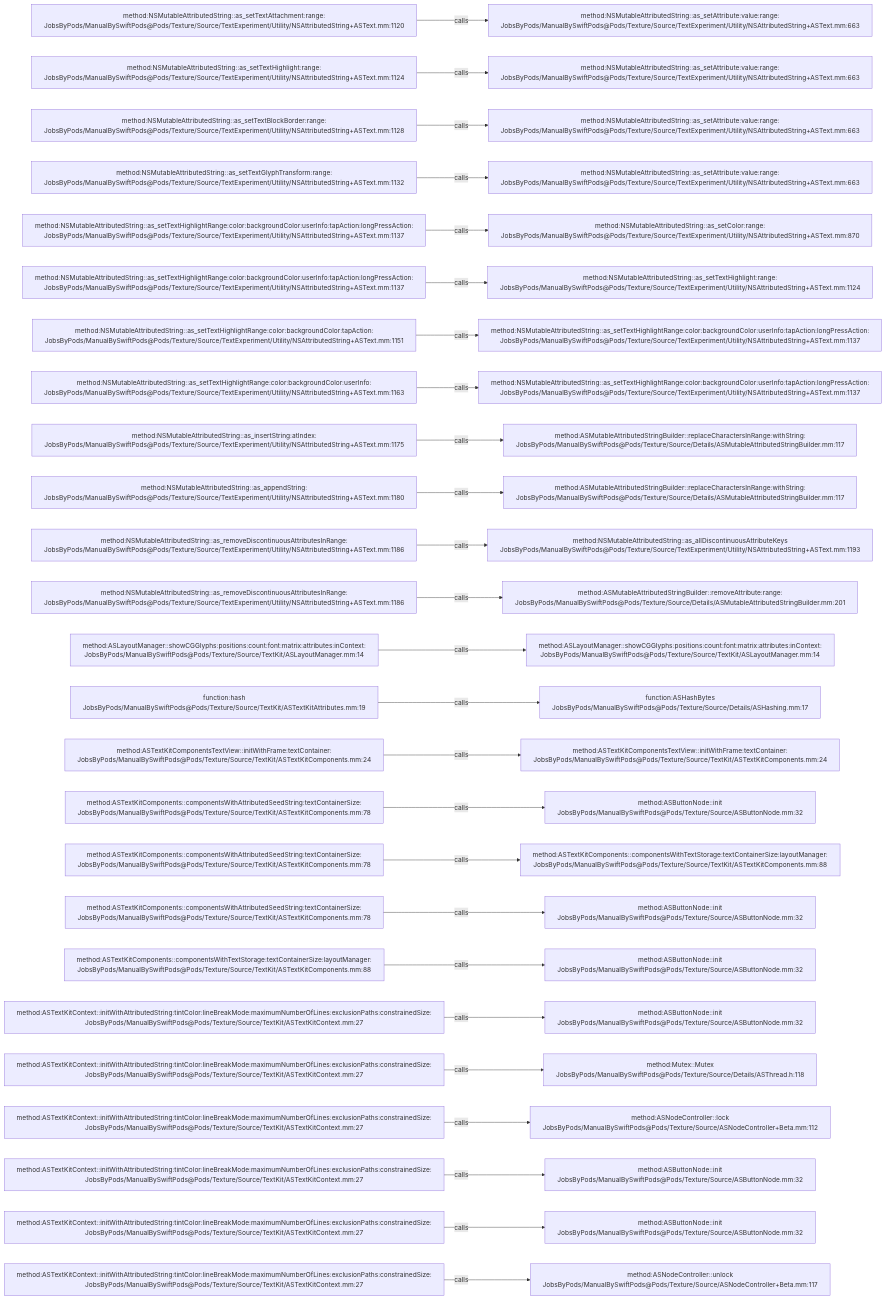
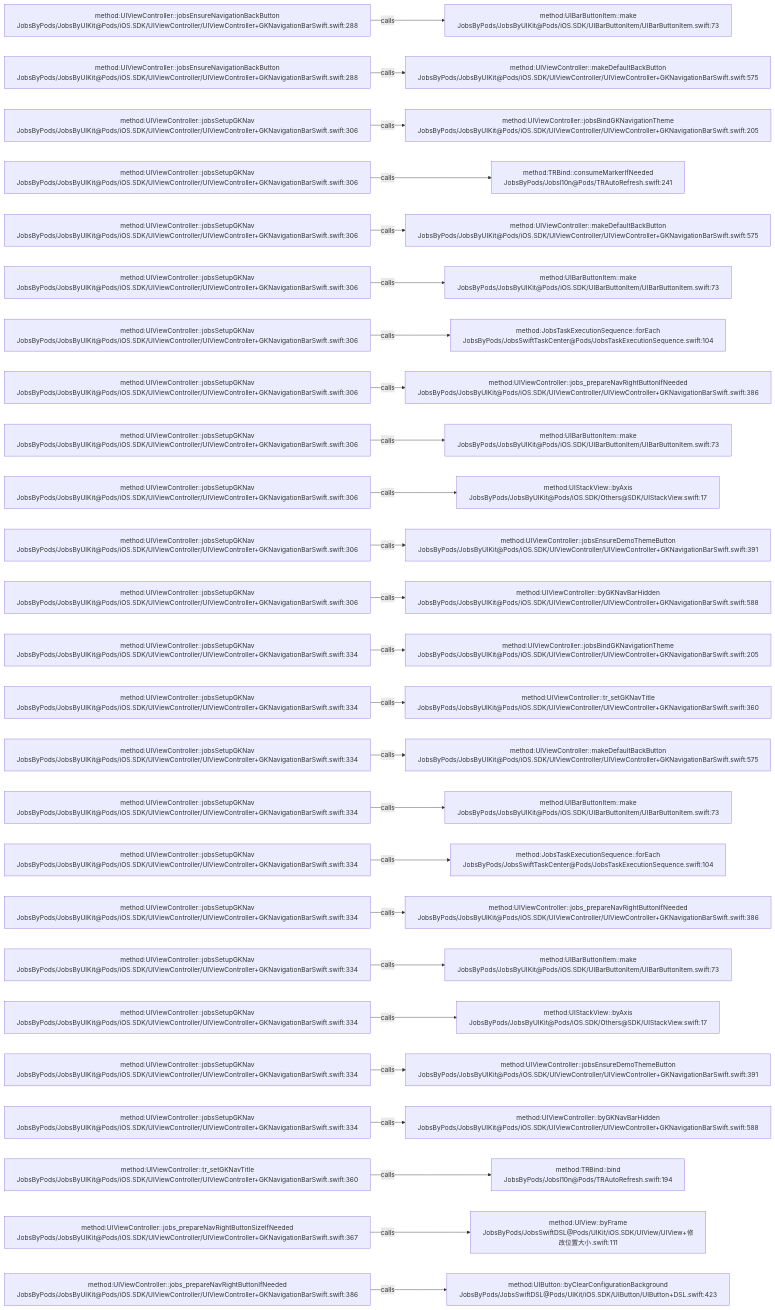
Before and after one commit to JobsKits/JobsSwiftBaseConfigDemo: the diagram in .codegraph/codegraph.md/graphs/calls-147.md, drawn with Mermaid. The commit also changed 224 other files, not shown here.

````diff
--- a/.codegraph/codegraph.md/graphs/calls-147.md
+++ b/.codegraph/codegraph.md/graphs/calls-147.md
@@ -13,78 +13,78 @@
 ```mermaid
 flowchart LR
-  S1["method:NSMutableAttributedString::as_setTextAttachment:range:<br/>JobsByPods/ManualBySwiftPods@Pods/Texture/Source/TextExperiment/Utility/NSAttributedString+ASText.mm:1120"]
-  T1["method:NSMutableAttributedString::as_setAttribute:value:range:<br/>JobsByPods/ManualBySwiftPods@Pods/Texture/Source/TextExperiment/Utility/NSAttributedString+ASText.mm:663"]
+  S1["method:UIViewController::jobsEnsureNavigationBackButton<br/>JobsByPods/JobsByUIKit@Pods/iOS.SDK/UIViewController/UIViewController+GKNavigationBarSwift.swift:288"]
+  T1["method:UIBarButtonItem::make<br/>JobsByPods/JobsByUIKit@Pods/iOS.SDK/UIBarButtonItem/UIBarButtonItem.swift:73"]
   S1 -->|calls| T1
-  S2["method:NSMutableAttributedString::as_setTextHighlight:range:<br/>JobsByPods/ManualBySwiftPods@Pods/Texture/Source/TextExperiment/Utility/NSAttributedString+ASText.mm:1124"]
-  T2["method:NSMutableAttributedString::as_setAttribute:value:range:<br/>JobsByPods/ManualBySwiftPods@Pods/Texture/Source/TextExperiment/Utility/NSAttributedString+ASText.mm:663"]
+  S2["method:UIViewController::jobsEnsureNavigationBackButton<br/>JobsByPods/JobsByUIKit@Pods/iOS.SDK/UIViewController/UIViewController+GKNavigationBarSwift.swift:288"]
+  T2["method:UIViewController::makeDefaultBackButton<br/>JobsByPods/JobsByUIKit@Pods/iOS.SDK/UIViewController/UIViewController+GKNavigationBarSwift.swift:575"]
   S2 -->|calls| T2
-  S3["method:NSMutableAttributedString::as_setTextBlockBorder:range:<br/>JobsByPods/ManualBySwiftPods@Pods/Texture/Source/TextExperiment/Utility/NSAttributedString+ASText.mm:1128"]
-  T3["method:NSMutableAttributedString::as_setAttribute:value:range:<br/>JobsByPods/ManualBySwiftPods@Pods/Texture/Source/TextExperiment/Utility/NSAttributedString+ASText.mm:663"]
+  S3["method:UIViewController::jobsSetupGKNav<br/>JobsByPods/JobsByUIKit@Pods/iOS.SDK/UIViewController/UIViewController+GKNavigationBarSwift.swift:306"]
+  T3["method:UIViewController::jobsBindGKNavigationTheme<br/>JobsByPods/JobsByUIKit@Pods/iOS.SDK/UIViewController/UIViewController+GKNavigationBarSwift.swift:205"]
   S3 -->|calls| T3
-  S4["method:NSMutableAttributedString::as_setTextGlyphTransform:range:<br/>JobsByPods/ManualBySwiftPods@Pods/Texture/Source/TextExperiment/Utility/NSAttributedString+ASText.mm:1132"]
-  T4["method:NSMutableAttributedString::as_setAttribute:value:range:<br/>JobsByPods/ManualBySwiftPods@Pods/Texture/Source/TextExperiment/Utility/NSAttributedString+ASText.mm:663"]
+  S4["method:UIViewController::jobsSetupGKNav<br/>JobsByPods/JobsByUIKit@Pods/iOS.SDK/UIViewController/UIViewController+GKNavigationBarSwift.swift:306"]
+  T4["method:TRBind::consumeMarkerIfNeeded<br/>JobsByPods/Jobsl10n@Pods/TRAutoRefresh.swift:241"]
   S4 -->|calls| T4
-  S5["method:NSMutableAttributedString::as_setTextHighlightRange:color:backgroundColor:userInfo:tapAction:longPressAction:<br/>JobsByPods/ManualBySwiftPods@Pods/Texture/Source/TextExperiment/Utility/NSAttributedString+ASText.mm:1137"]
-  T5["method:NSMutableAttributedString::as_setColor:range:<br/>JobsByPods/ManualBySwiftPods@Pods/Texture/Source/TextExperiment/Utility/NSAttributedString+ASText.mm:870"]
+  S5["method:UIViewController::jobsSetupGKNav<br/>JobsByPods/JobsByUIKit@Pods/iOS.SDK/UIViewController/UIViewController+GKNavigationBarSwift.swift:306"]
+  T5["method:UIViewController::makeDefaultBackButton<br/>JobsByPods/JobsByUIKit@Pods/iOS.SDK/UIViewController/UIViewController+GKNavigationBarSwift.swift:575"]
   S5 -->|calls| T5
-  S6["method:NSMutableAttributedString::as_setTextHighlightRange:color:backgroundColor:userInfo:tapAction:longPressAction:<br/>JobsByPods/ManualBySwiftPods@Pods/Texture/Source/TextExperiment/Utility/NSAttributedString+ASText.mm:1137"]
-  T6["method:NSMutableAttributedString::as_setTextHighlight:range:<br/>JobsByPods/ManualBySwiftPods@Pods/Texture/Source/TextExperiment/Utility/NSAttributedString+ASText.mm:1124"]
+  S6["method:UIViewController::jobsSetupGKNav<br/>JobsByPods/JobsByUIKit@Pods/iOS.SDK/UIViewController/UIViewController+GKNavigationBarSwift.swift:306"]
+  T6["method:UIBarButtonItem::make<br/>JobsByPods/JobsByUIKit@Pods/iOS.SDK/UIBarButtonItem/UIBarButtonItem.swift:73"]
   S6 -->|calls| T6
-  S7["method:NSMutableAttributedString::as_setTextHighlightRange:color:backgroundColor:tapAction:<br/>JobsByPods/ManualBySwiftPods@Pods/Texture/Source/TextExperiment/Utility/NSAttributedString+ASText.mm:1151"]
-  T7["method:NSMutableAttributedString::as_setTextHighlightRange:color:backgroundColor:userInfo:tapAction:longPressAction:<br/>JobsByPods/ManualBySwiftPods@Pods/Texture/Source/TextExperiment/Utility/NSAttributedString+ASText.mm:1137"]
+  S7["method:UIViewController::jobsSetupGKNav<br/>JobsByPods/JobsByUIKit@Pods/iOS.SDK/UIViewController/UIViewController+GKNavigationBarSwift.swift:306"]
+  T7["method:JobsTaskExecutionSequence::forEach<br/>JobsByPods/JobsSwiftTaskCenter@Pods/JobsTaskExecutionSequence.swift:104"]
   S7 -->|calls| T7
-  S8["method:NSMutableAttributedString::as_setTextHighlightRange:color:backgroundColor:userInfo:<br/>JobsByPods/ManualBySwiftPods@Pods/Texture/Source/TextExperiment/Utility/NSAttributedString+ASText.mm:1163"]
-  T8["method:NSMutableAttributedString::as_setTextHighlightRange:color:backgroundColor:userInfo:tapAction:longPressAction:<br/>JobsByPods/ManualBySwiftPods@Pods/Texture/Source/TextExperiment/Utility/NSAttributedString+ASText.mm:1137"]
+  S8["method:UIViewController::jobsSetupGKNav<br/>JobsByPods/JobsByUIKit@Pods/iOS.SDK/UIViewController/UIViewController+GKNavigationBarSwift.swift:306"]
+  T8["method:UIViewController::jobs_prepareNavRightButtonIfNeeded<br/>JobsByPods/JobsByUIKit@Pods/iOS.SDK/UIViewController/UIViewController+GKNavigationBarSwift.swift:386"]
   S8 -->|calls| T8
-  S9["method:NSMutableAttributedString::as_insertString:atIndex:<br/>JobsByPods/ManualBySwiftPods@Pods/Texture/Source/TextExperiment/Utility/NSAttributedString+ASText.mm:1175"]
-  T9["method:ASMutableAttributedStringBuilder::replaceCharactersInRange:withString:<br/>JobsByPods/ManualBySwiftPods@Pods/Texture/Source/Details/ASMutableAttributedStringBuilder.mm:117"]
+  S9["method:UIViewController::jobsSetupGKNav<br/>JobsByPods/JobsByUIKit@Pods/iOS.SDK/UIViewController/UIViewController+GKNavigationBarSwift.swift:306"]
+  T9["method:UIBarButtonItem::make<br/>JobsByPods/JobsByUIKit@Pods/iOS.SDK/UIBarButtonItem/UIBarButtonItem.swift:73"]
   S9 -->|calls| T9
-  S10["method:NSMutableAttributedString::as_appendString:<br/>JobsByPods/ManualBySwiftPods@Pods/Texture/Source/TextExperiment/Utility/NSAttributedString+ASText.mm:1180"]
-  T10["method:ASMutableAttributedStringBuilder::replaceCharactersInRange:withString:<br/>JobsByPods/ManualBySwiftPods@Pods/Texture/Source/Details/ASMutableAttributedStringBuilder.mm:117"]
+  S10["method:UIViewController::jobsSetupGKNav<br/>JobsByPods/JobsByUIKit@Pods/iOS.SDK/UIViewController/UIViewController+GKNavigationBarSwift.swift:306"]
+  T10["method:UIStackView::byAxis<br/>JobsByPods/JobsByUIKit@Pods/iOS.SDK/Others@SDK/UIStackView.swift:17"]
   S10 -->|calls| T10
-  S11["method:NSMutableAttributedString::as_removeDiscontinuousAttributesInRange:<br/>JobsByPods/ManualBySwiftPods@Pods/Texture/Source/TextExperiment/Utility/NSAttributedString+ASText.mm:1186"]
-  T11["method:NSMutableAttributedString::as_allDiscontinuousAttributeKeys<br/>JobsByPods/ManualBySwiftPods@Pods/Texture/Source/TextExperiment/Utility/NSAttributedString+ASText.mm:1193"]
+  S11["method:UIViewController::jobsSetupGKNav<br/>JobsByPods/JobsByUIKit@Pods/iOS.SDK/UIViewController/UIViewController+GKNavigationBarSwift.swift:306"]
+  T11["method:UIViewController::jobsEnsureDemoThemeButton<br/>JobsByPods/JobsByUIKit@Pods/iOS.SDK/UIViewController/UIViewController+GKNavigationBarSwift.swift:391"]
   S11 -->|calls| T11
-  S12["method:NSMutableAttributedString::as_removeDiscontinuousAttributesInRange:<br/>JobsByPods/ManualBySwiftPods@Pods/Texture/Source/TextExperiment/Utility/NSAttributedString+ASText.mm:1186"]
-  T12["method:ASMutableAttributedStringBuilder::removeAttribute:range:<br/>JobsByPods/ManualBySwiftPods@Pods/Texture/Source/Details/ASMutableAttributedStringBuilder.mm:201"]
+  S12["method:UIViewController::jobsSetupGKNav<br/>JobsByPods/JobsByUIKit@Pods/iOS.SDK/UIViewController/UIViewController+GKNavigationBarSwift.swift:306"]
+  T12["method:UIViewController::byGKNavBarHidden<br/>JobsByPods/JobsByUIKit@Pods/iOS.SDK/UIViewController/UIViewController+GKNavigationBarSwift.swift:588"]
   S12 -->|calls| T12
-  S13["method:ASLayoutManager::showCGGlyphs:positions:count:font:matrix:attributes:inContext:<br/>JobsByPods/ManualBySwiftPods@Pods/Texture/Source/TextKit/ASLayoutManager.mm:14"]
-  T13["method:ASLayoutManager::showCGGlyphs:positions:count:font:matrix:attributes:inContext:<br/>JobsByPods/ManualBySwiftPods@Pods/Texture/Source/TextKit/ASLayoutManager.mm:14"]
+  S13["method:UIViewController::jobsSetupGKNav<br/>JobsByPods/JobsByUIKit@Pods/iOS.SDK/UIViewController/UIViewController+GKNavigationBarSwift.swift:334"]
+  T13["method:UIViewController::jobsBindGKNavigationTheme<br/>JobsByPods/JobsByUIKit@Pods/iOS.SDK/UIViewController/UIViewController+GKNavigationBarSwift.swift:205"]
   S13 -->|calls| T13
-  S14["function:hash<br/>JobsByPods/ManualBySwiftPods@Pods/Texture/Source/TextKit/ASTextKitAttributes.mm:19"]
-  T14["function:ASHashBytes<br/>JobsByPods/ManualBySwiftPods@Pods/Texture/Source/Details/ASHashing.mm:17"]
+  S14["method:UIViewController::jobsSetupGKNav<br/>JobsByPods/JobsByUIKit@Pods/iOS.SDK/UIViewController/UIViewController+GKNavigationBarSwift.swift:334"]
+  T14["method:UIViewController::tr_setGKNavTitle<br/>JobsByPods/JobsByUIKit@Pods/iOS.SDK/UIViewController/UIViewController+GKNavigationBarSwift.swift:360"]
   S14 -->|calls| T14
-  S15["method:ASTextKitComponentsTextView::initWithFrame:textContainer:<br/>JobsByPods/ManualBySwiftPods@Pods/Texture/Source/TextKit/ASTextKitComponents.mm:24"]
-  T15["method:ASTextKitComponentsTextView::initWithFrame:textContainer:<br/>JobsByPods/ManualBySwiftPods@Pods/Texture/Source/TextKit/ASTextKitComponents.mm:24"]
+  S15["method:UIViewController::jobsSetupGKNav<br/>JobsByPods/JobsByUIKit@Pods/iOS.SDK/UIViewController/UIViewController+GKNavigationBarSwift.swift:334"]
+  T15["method:UIViewController::makeDefaultBackButton<br/>JobsByPods/JobsByUIKit@Pods/iOS.SDK/UIViewController/UIViewController+GKNavigationBarSwift.swift:575"]
   S15 -->|calls| T15
-  S16["method:ASTextKitComponents::componentsWithAttributedSeedString:textContainerSize:<br/>JobsByPods/ManualBySwiftPods@Pods/Texture/Source/TextKit/ASTextKitComponents.mm:78"]
-  T16["method:ASButtonNode::init<br/>JobsByPods/ManualBySwiftPods@Pods/Texture/Source/ASButtonNode.mm:32"]
+  S16["method:UIViewController::jobsSetupGKNav<br/>JobsByPods/JobsByUIKit@Pods/iOS.SDK/UIViewController/UIViewController+GKNavigationBarSwift.swift:334"]
+  T16["method:UIBarButtonItem::make<br/>JobsByPods/JobsByUIKit@Pods/iOS.SDK/UIBarButtonItem/UIBarButtonItem.swift:73"]
   S16 -->|calls| T16
-  S17["method:ASTextKitComponents::componentsWithAttributedSeedString:textContainerSize:<br/>JobsByPods/ManualBySwiftPods@Pods/Texture/Source/TextKit/ASTextKitComponents.mm:78"]
-  T17["method:ASTextKitComponents::componentsWithTextStorage:textContainerSize:layoutManager:<br/>JobsByPods/ManualBySwiftPods@Pods/Texture/Source/TextKit/ASTextKitComponents.mm:88"]
+  S17["method:UIViewController::jobsSetupGKNav<br/>JobsByPods/JobsByUIKit@Pods/iOS.SDK/UIViewController/UIViewController+GKNavigationBarSwift.swift:334"]
+  T17["method:JobsTaskExecutionSequence::forEach<br/>JobsByPods/JobsSwiftTaskCenter@Pods/JobsTaskExecutionSequence.swift:104"]
   S17 -->|calls| T17
-  S18["method:ASTextKitComponents::componentsWithAttributedSeedString:textContainerSize:<br/>JobsByPods/ManualBySwiftPods@Pods/Texture/Source/TextKit/ASTextKitComponents.mm:78"]
-  T18["method:ASButtonNode::init<br/>JobsByPods/ManualBySwiftPods@Pods/Texture/Source/ASButtonNode.mm:32"]
+  S18["method:UIViewController::jobsSetupGKNav<br/>JobsByPods/JobsByUIKit@Pods/iOS.SDK/UIViewController/UIViewController+GKNavigationBarSwift.swift:334"]
+  T18["method:UIViewController::jobs_prepareNavRightButtonIfNeeded<br/>JobsByPods/JobsByUIKit@Pods/iOS.SDK/UIViewController/UIViewController+GKNavigationBarSwift.swift:386"]
   S18 -->|calls| T18
-  S19["method:ASTextKitComponents::componentsWithTextStorage:textContainerSize:layoutManager:<br/>JobsByPods/ManualBySwiftPods@Pods/Texture/Source/TextKit/ASTextKitComponents.mm:88"]
-  T19["method:ASButtonNode::init<br/>JobsByPods/ManualBySwiftPods@Pods/Texture/Source/ASButtonNode.mm:32"]
+  S19["method:UIViewController::jobsSetupGKNav<br/>JobsByPods/JobsByUIKit@Pods/iOS.SDK/UIViewController/UIViewController+GKNavigationBarSwift.swift:334"]
+  T19["method:UIBarButtonItem::make<br/>JobsByPods/JobsByUIKit@Pods/iOS.SDK/UIBarButtonItem/UIBarButtonItem.swift:73"]
   S19 -->|calls| T19
-  S20["method:ASTextKitContext::initWithAttributedString:tintColor:lineBreakMode:maximumNumberOfLines:exclusionPaths:constrainedSize:<br/>JobsByPods/ManualBySwiftPods@Pods/Texture/Source/TextKit/ASTextKitContext.mm:27"]
-  T20["method:ASButtonNode::init<br/>JobsByPods/ManualBySwiftPods@Pods/Texture/Source/ASButtonNode.mm:32"]
+  S20["method:UIViewController::jobsSetupGKNav<br/>JobsByPods/JobsByUIKit@Pods/iOS.SDK/UIViewController/UIViewController+GKNavigationBarSwift.swift:334"]
+  T20["method:UIStackView::byAxis<br/>JobsByPods/JobsByUIKit@Pods/iOS.SDK/Others@SDK/UIStackView.swift:17"]
   S20 -->|calls| T20
-  S21["method:ASTextKitContext::initWithAttributedString:tintColor:lineBreakMode:maximumNumberOfLines:exclusionPaths:constrainedSize:<br/>JobsByPods/ManualBySwiftPods@Pods/Texture/Source/TextKit/ASTextKitContext.mm:27"]
-  T21["method:Mutex::Mutex<br/>JobsByPods/ManualBySwiftPods@Pods/Texture/Source/Details/ASThread.h:118"]
+  S21["method:UIViewController::jobsSetupGKNav<br/>JobsByPods/JobsByUIKit@Pods/iOS.SDK/UIViewController/UIViewController+GKNavigationBarSwift.swift:334"]
+  T21["method:UIViewController::jobsEnsureDemoThemeButton<br/>JobsByPods/JobsByUIKit@Pods/iOS.SDK/UIViewController/UIViewController+GKNavigationBarSwift.swift:391"]
   S21 -->|calls| T21
-  S22["method:ASTextKitContext::initWithAttributedString:tintColor:lineBreakMode:maximumNumberOfLines:exclusionPaths:constrainedSize:<br/>JobsByPods/ManualBySwiftPods@Pods/Texture/Source/TextKit/ASTextKitContext.mm:27"]
-  T22["method:ASNodeController::lock<br/>JobsByPods/ManualBySwiftPods@Pods/Texture/Source/ASNodeController+Beta.mm:112"]
+  S22["method:UIViewController::jobsSetupGKNav<br/>JobsByPods/JobsByUIKit@Pods/iOS.SDK/UIViewController/UIViewController+GKNavigationBarSwift.swift:334"]
+  T22["method:UIViewController::byGKNavBarHidden<br/>JobsByPods/JobsByUIKit@Pods/iOS.SDK/UIViewController/UIViewController+GKNavigationBarSwift.swift:588"]
   S22 -->|calls| T22
-  S23["method:ASTextKitContext::initWithAttributedString:tintColor:lineBreakMode:maximumNumberOfLines:exclusionPaths:constrainedSize:<br/>JobsByPods/ManualBySwiftPods@Pods/Texture/Source/TextKit/ASTextKitContext.mm:27"]
-  T23["method:ASButtonNode::init<br/>JobsByPods/ManualBySwiftPods@Pods/Texture/Source/ASButtonNode.mm:32"]
+  S23["method:UIViewController::tr_setGKNavTitle<br/>JobsByPods/JobsByUIKit@Pods/iOS.SDK/UIViewController/UIViewController+GKNavigationBarSwift.swift:360"]
+  T23["method:TRBind::bind<br/>JobsByPods/Jobsl10n@Pods/TRAutoRefresh.swift:194"]
   S23 -->|calls| T23
-  S24["method:ASTextKitContext::initWithAttributedString:tintColor:lineBreakMode:maximumNumberOfLines:exclusionPaths:constrainedSize:<br/>JobsByPods/ManualBySwiftPods@Pods/Texture/Source/TextKit/ASTextKitContext.mm:27"]
-  T24["method:ASButtonNode::init<br/>JobsByPods/ManualBySwiftPods@Pods/Texture/Source/ASButtonNode.mm:32"]
+  S24["method:UIViewController::jobs_prepareNavRightButtonSizeIfNeeded<br/>JobsByPods/JobsByUIKit@Pods/iOS.SDK/UIViewController/UIViewController+GKNavigationBarSwift.swift:367"]
+  T24["method:UIView::byFrame<br/>JobsByPods/JobsSwiftDSL@Pods/UIKit/iOS.SDK/UIView/UIView+修改位置大小.swift:111"]
   S24 -->|calls| T24
-  S25["method:ASTextKitContext::initWithAttributedString:tintColor:lineBreakMode:maximumNumberOfLines:exclusionPaths:constrainedSize:<br/>JobsByPods/ManualBySwiftPods@Pods/Texture/Source/TextKit/ASTextKitContext.mm:27"]
-  T25["method:ASNodeController::unlock<br/>JobsByPods/ManualBySwiftPods@Pods/Texture/Source/ASNodeController+Beta.mm:117"]
+  S25["method:UIViewController::jobs_prepareNavRightButtonIfNeeded<br/>JobsByPods/JobsByUIKit@Pods/iOS.SDK/UIViewController/UIViewController+GKNavigationBarSwift.swift:386"]
+  T25["method:UIButton::byClearConfigurationBackground<br/>JobsByPods/JobsSwiftDSL@Pods/UIKit/iOS.SDK/UIButton/UIButton+DSL.swift:423"]
   S25 -->|calls| T25
 ```
````
